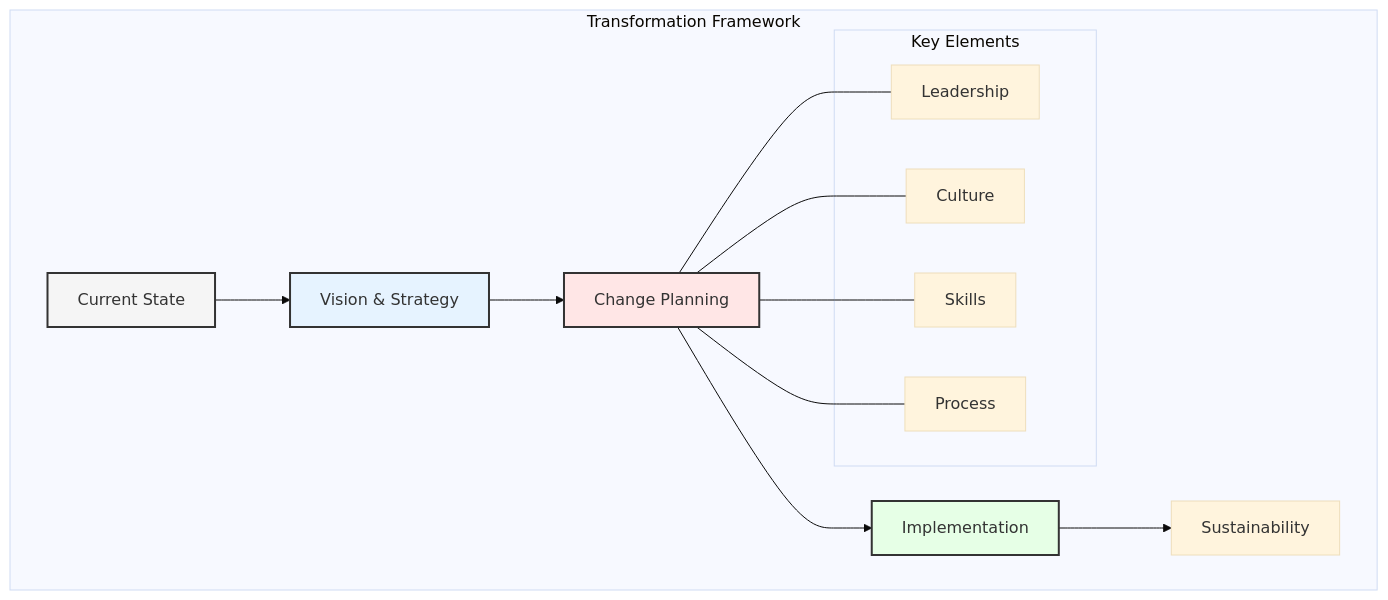
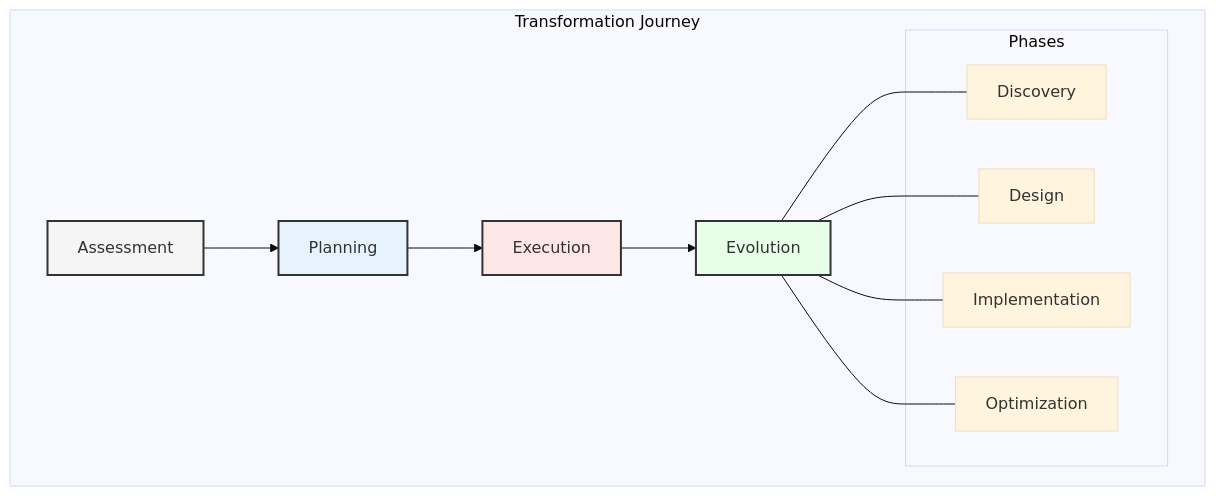
The first of 8 diagrams in enterprise_data_architecture/chapters/07_transformation.md (data-octo/agentic_ai_research), drawn with Mermaid (base theme) before and after one commit. The commit also changed other lines of this file and 11 other files, not shown here.

````diff
--- a/enterprise_data_architecture/chapters/07_transformation.md
+++ b/enterprise_data_architecture/chapters/07_transformation.md
@@ -7,26 +7,25 @@
 ```mermaid
 graph TB
-    subgraph "Transformation Framework"
-        A[Current State] --> B[Vision & Strategy]
-        B --> C[Change Planning]
-        C --> D[Implementation]
-        D --> E[Sustainability]
+    subgraph "Transformation Journey"
+        A[Assessment] --> B[Planning]
+        B --> C[Execution]
+        C --> D[Evolution]
         
-        subgraph "Key Elements"
-            F[Leadership]
-            G[Culture]
-            H[Skills]
-            I[Process]
+        subgraph "Phases"
+            E[Discovery]
+            F[Design]
+            G[Implementation]
+            H[Optimization]
         end
         
-        C --- F
-        C --- G
-        C --- H
-        C --- I
+        D --- E
+        D --- F
+        D --- G
+        D --- H
     end
     
     style A fill:#f5f5f5,stroke:#333,stroke-width:2px
     style B fill:#e6f3ff,stroke:#333,stroke-width:2px
     style C fill:#ffe6e6,stroke:#333,stroke-width:2px
     style D fill:#e6ffe6,stroke:#333,stroke-width:2px
 ```
````
